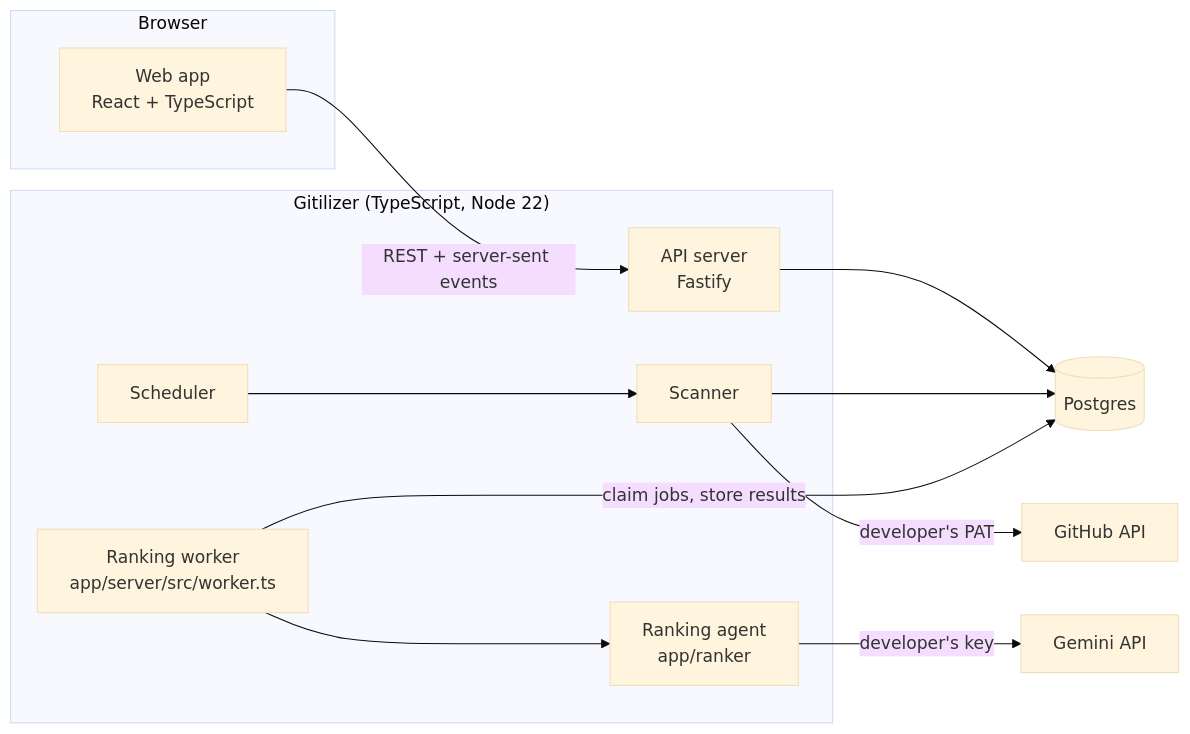
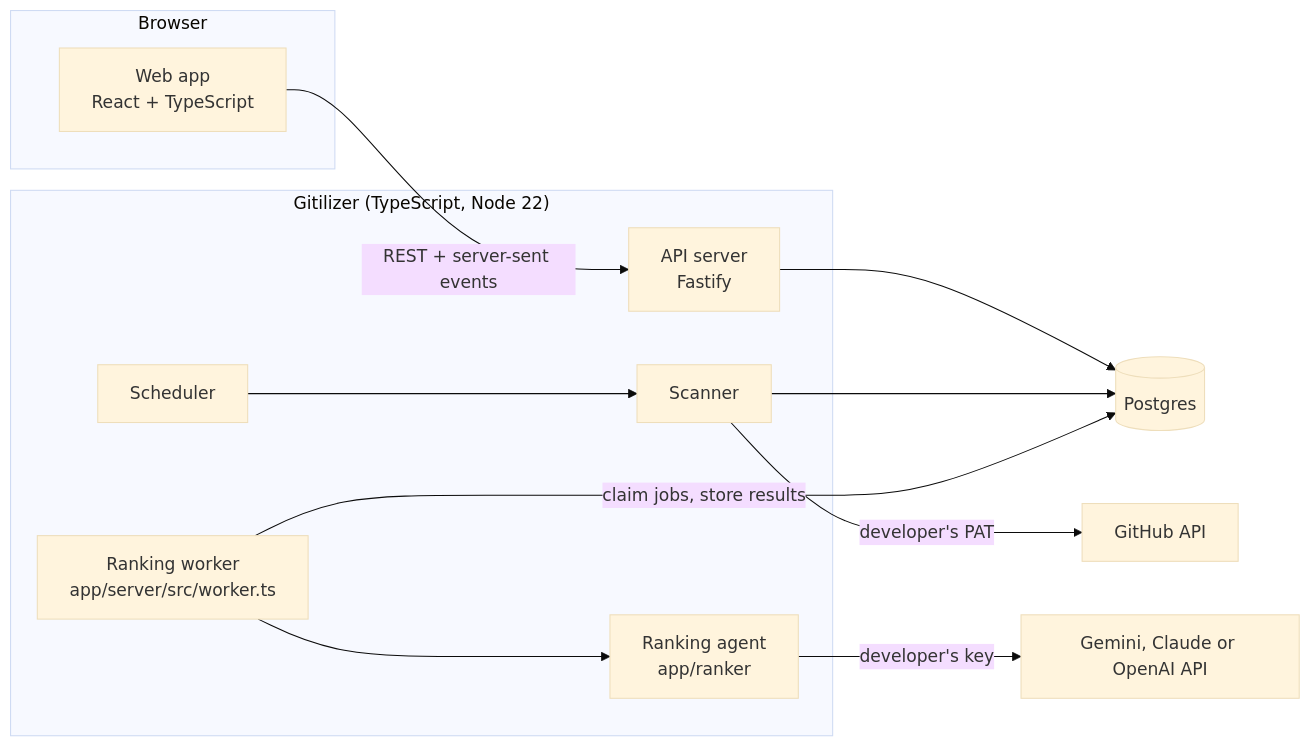
One commit to brianquinlan/gitilizer changed the diagram in contributor/DESIGN.md. Above: the diagram before and after it, drawn with Mermaid (base theme). The commit also changed other lines of this file and 43 other files, not shown here.

````diff
--- a/contributor/DESIGN.md
+++ b/contributor/DESIGN.md
@@ -97,25 +97,25 @@
 ```mermaid
 flowchart LR
   subgraph Browser
     WEB["Web app<br/>React + TypeScript"]
   end
   subgraph "Gitilizer (TypeScript, Node 22)"
     API["API server<br/>Fastify"]
     SCH["Scheduler"]
     SCN["Scanner"]
     WRK["Ranking worker<br/>app/server/src/worker.ts"]
     AGT["Ranking agent<br/>app/ranker"]
   end
   DB[("Postgres")]
   GH["GitHub API"]
-  GM["Gemini API"]
+  GM["Gemini, Claude or OpenAI API"]
 
   WEB -- "REST + server-sent events" --> API
   API --> DB
   SCH --> SCN
   SCN -- "developer's PAT" --> GH
   SCN --> DB
   WRK -- "claim jobs, store results" --> DB
   WRK --> AGT
   AGT -- "developer's key" --> GM
 ```
````
